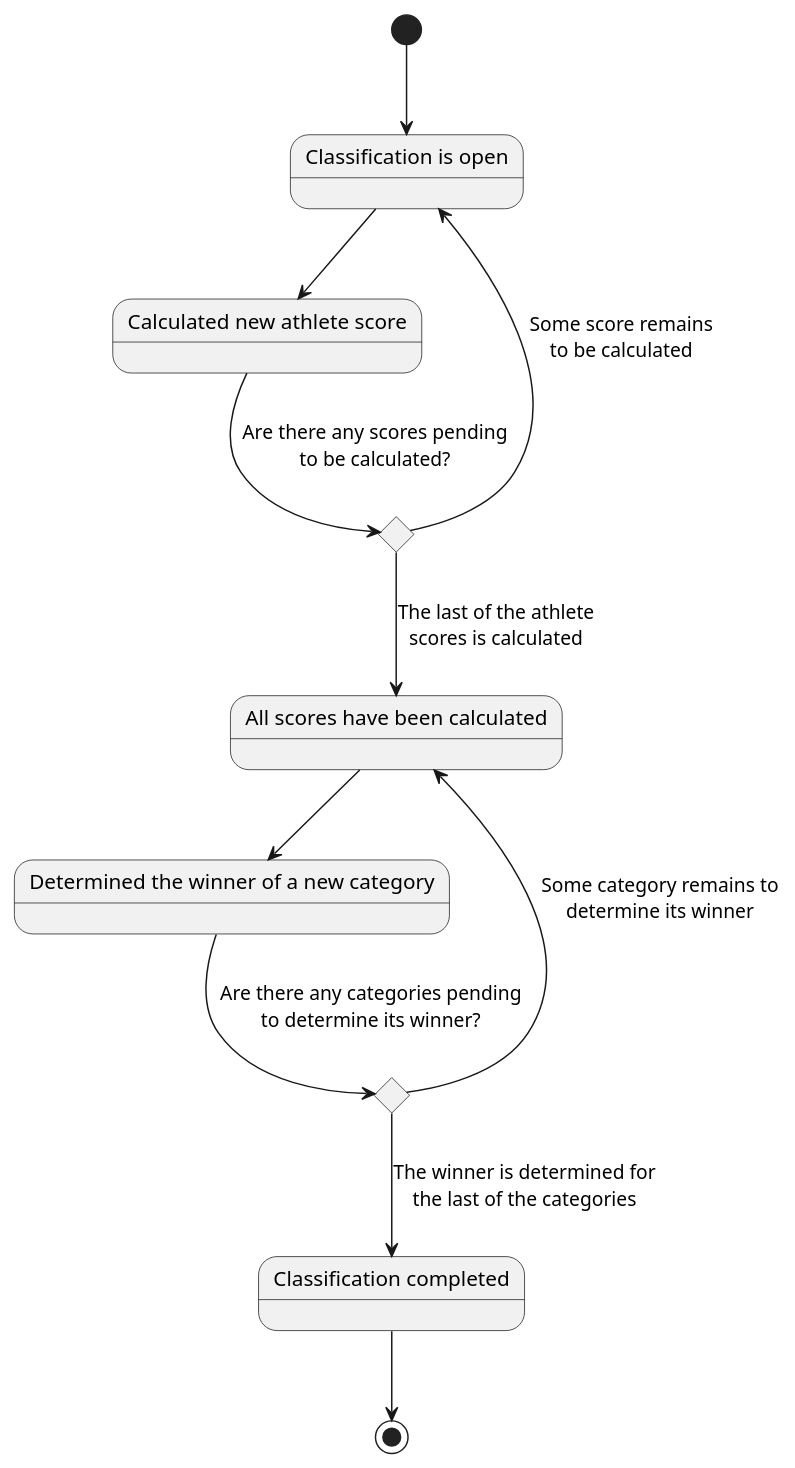
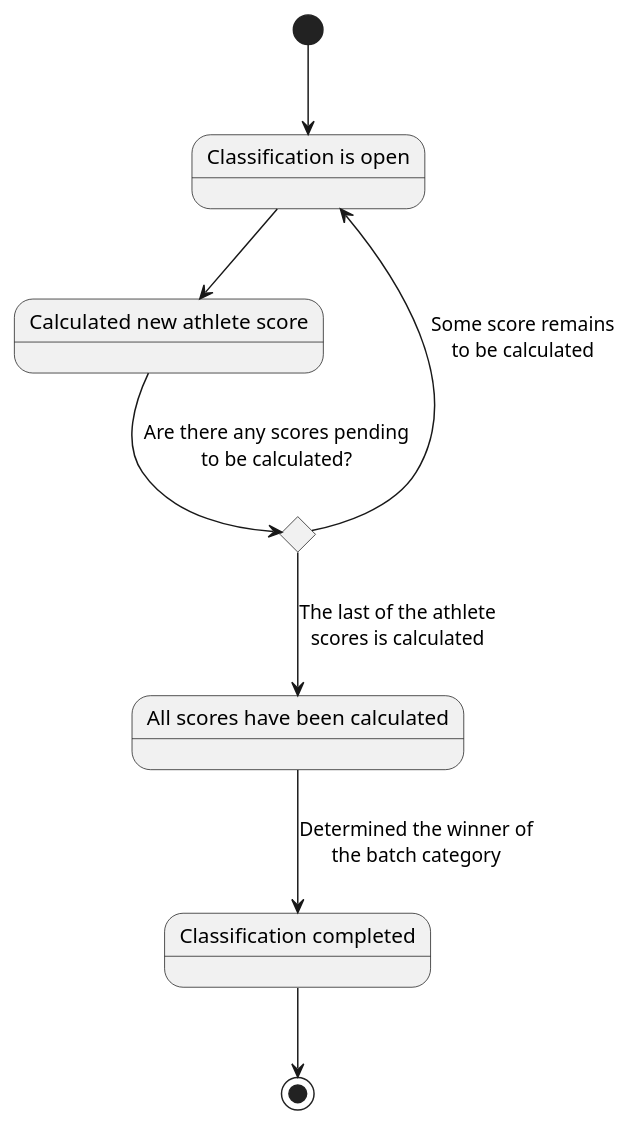
One commit to zuldare/mastercloud_pfm_halterocms changed the diagram in diagrams/states/4-classificationStates.puml. Above: the diagram before and after it, drawn with PlantUML.

```diff
--- a/diagrams/states/4-classificationStates.puml
+++ b/diagrams/states/4-classificationStates.puml
@@ -1,22 +1,17 @@
 @startuml
 state "Classification is open" as OpenClassification
 state "Calculated new athlete score" as CalculatedAthleteScore
 state "Are there any scores pending to be calculated?" as AnyScoresPendingCHC <<choice>>
 state "All scores have been calculated" as AllScoresCalculated
-state "Determined the winner of a new category" as DeterminedWinnerCategory
-state "Are there any categories pending to determine its winner?" as AnyCategoriesPendingCHC <<choice>>
 
 state "Classification completed" as CompletedClassification
 
 [*] --> OpenClassification
 OpenClassification --> CalculatedAthleteScore
 CalculatedAthleteScore --> AnyScoresPendingCHC : Are there any scores pending\nto be calculated?
 AnyScoresPendingCHC --> OpenClassification : Some score remains\nto be calculated
 AnyScoresPendingCHC --> AllScoresCalculated : The last of the athlete\nscores is calculated
 
-AllScoresCalculated --> DeterminedWinnerCategory
-DeterminedWinnerCategory --> AnyCategoriesPendingCHC : Are there any categories pending\nto determine its winner?
-AnyCategoriesPendingCHC --> AllScoresCalculated : Some category remains to\ndetermine its winner
-AnyCategoriesPendingCHC --> CompletedClassification : The winner is determined for\nthe last of the categories
+AllScoresCalculated --> CompletedClassification : Determined the winner of\nthe batch category
 CompletedClassification --> [*]
 @enduml
```
